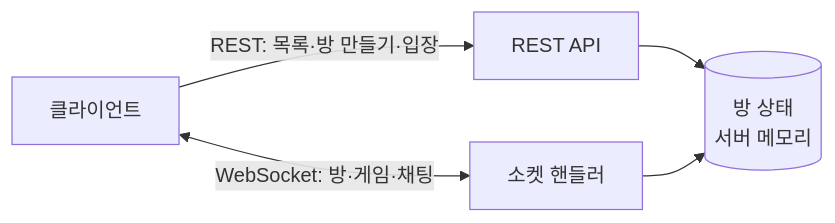
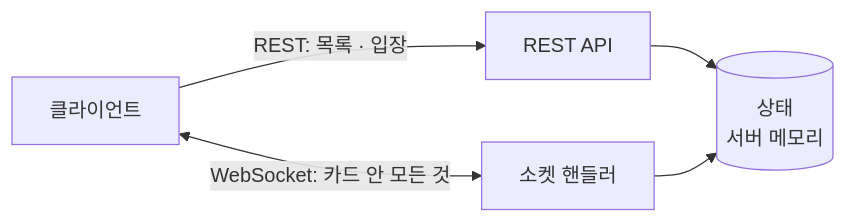
Before and after one commit to LSe-Yeong/playground: the diagram in docs/api/api.md, drawn with Mermaid. The commit also changed other lines of this file and 2 other files, not shown here.

Commit message:
docs: 놀이터에 대한 api 설계 반영

````diff
--- a/docs/api/api.md
+++ b/docs/api/api.md
@@ -20,8 +24,8 @@
 ```mermaid
 flowchart LR
   C[클라이언트]
-  C -- "REST: 목록·방 만들기·입장" --> R[REST API]
-  C <-- "WebSocket: 방·게임·채팅" --> W[소켓 핸들러]
-  R --> S[(방 상태<br/>서버 메모리)]
+  C -- "REST: 목록 · 입장" --> R[REST API]
+  C <-- "WebSocket: 카드 안 모든 것" --> W[소켓 핸들러]
+  R --> S[(상태<br/>서버 메모리)]
   W --> S
 ```
````
